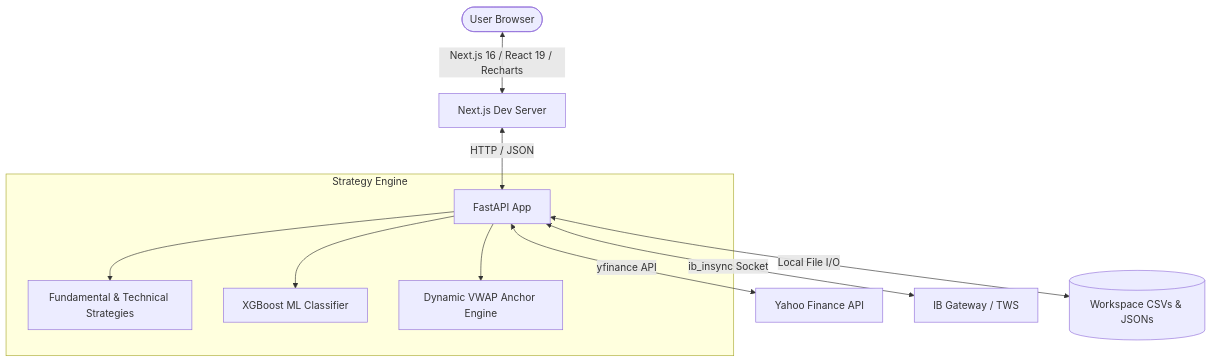
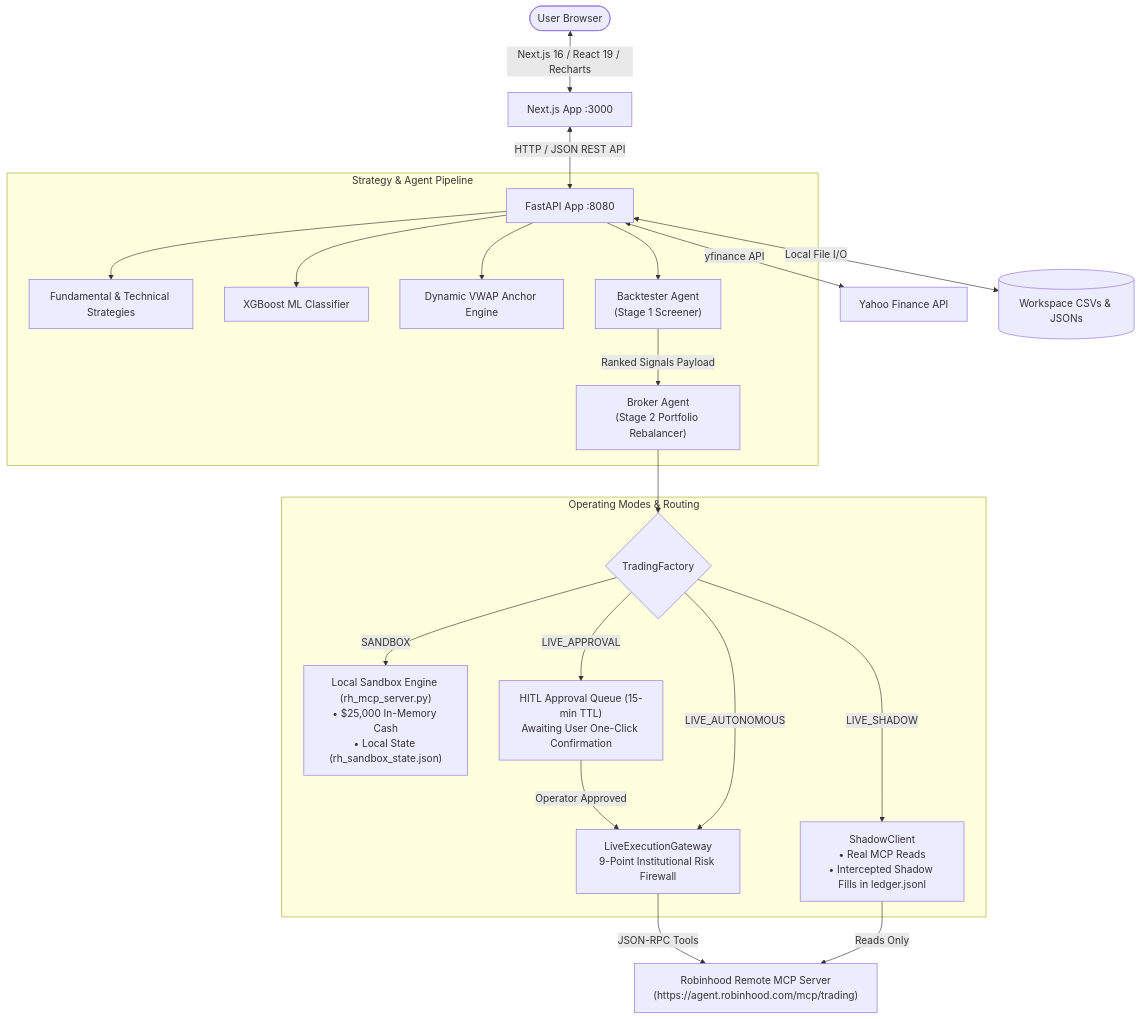
One commit to sss-modernkris/StockPickerStrategies changed the first of 2 diagrams in docs/Documentation.md. Above: the diagram before and after it, drawn with Mermaid. The commit also changed other lines of this file and 60 other files, not shown here.

Commit message:
v20261115: Fractional share sizing ($2,000 / Available/5), Robinhood MCP OAuth auto-refresh, and Strategy Glossary update

````diff
--- a/docs/Documentation.md
+++ b/docs/Documentation.md
@@ -59,14 +68,28 @@
 ```mermaid
 graph TD
-    User([User Browser]) <--> |Next.js 16 / React 19 / Recharts| Frontend[Next.js Dev Server]
-    Frontend <--> |HTTP / JSON| Backend[FastAPI App]
+    User([User Browser]) <--> |Next.js 16 / React 19 / Recharts| Frontend[Next.js App :3000]
+    Frontend <--> |HTTP / JSON REST API| Backend[FastAPI App :8080]
     Backend <--> |yfinance API| Yahoo[Yahoo Finance API]
-    Backend <--> |ib_insync Socket| IBGate[IB Gateway / TWS]
     Backend <--> |Local File I/O| CSV[(Workspace CSVs & JSONs)]
     
-    subgraph Strategy Engine
+    subgraph Strategy & Agent Pipeline
         Backend --> FT[Fundamental & Technical Strategies]
         Backend --> ML[XGBoost ML Classifier]
         Backend --> Willy[Dynamic VWAP Anchor Engine]
+        Backend --> BTAgent["Backtester Agent<br/>(Stage 1 Screener)"]
+        BTAgent -->|Ranked Signals Payload| BRAgent["Broker Agent<br/>(Stage 2 Portfolio Rebalancer)"]
     end
+
+    BRAgent --> Factory{TradingFactory}
+
+    subgraph Operating Modes & Routing
+        Factory -->|SANDBOX| Sandbox["Local Sandbox Engine (rh_mcp_server.py)<br/>• $25,000 In-Memory Cash<br/>• Local State (rh_sandbox_state.json)"]
+        Factory -->|LIVE_SHADOW| Shadow["ShadowClient<br/>• Real MCP Reads<br/>• Intercepted Shadow Fills in ledger.jsonl"]
+        Factory -->|LIVE_APPROVAL| HITL["HITL Approval Queue (15-min TTL)<br/>Awaiting User One-Click Confirmation"]
+        HITL -->|Operator Approved| Firewall
+        Factory -->|LIVE_AUTONOMOUS| Firewall["LiveExecutionGateway<br/>9-Point Institutional Risk Firewall"]
+    end
+
+    Firewall -->|JSON-RPC Tools| RHMCP["Robinhood Remote MCP Server<br/>(https://agent.robinhood.com/mcp/trading)"]
+    Shadow -->|Reads Only| RHMCP
 ```
````
